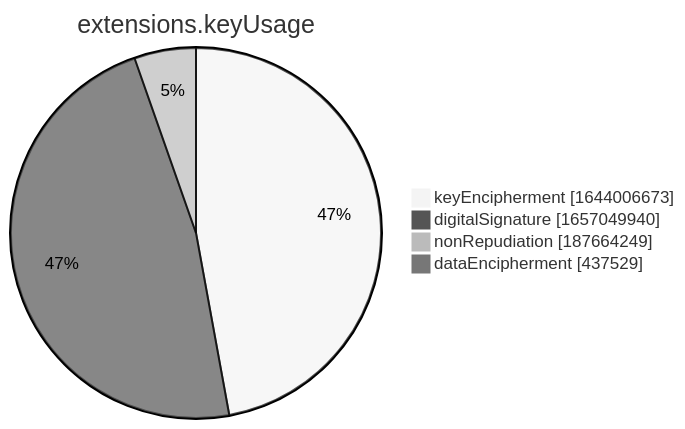
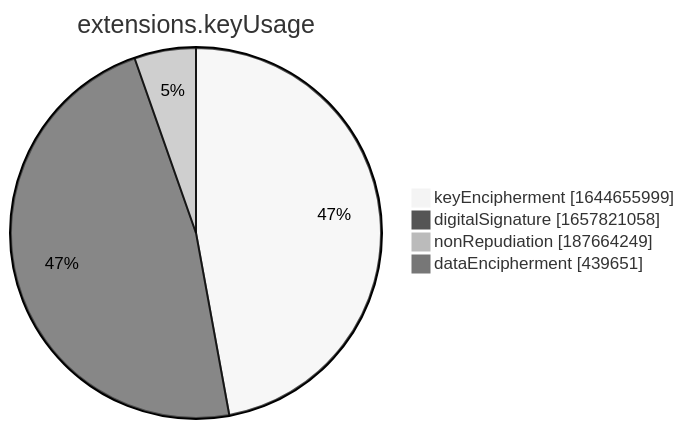
One commit to christiankrug/ctmonitor_visualization changed the seventh of 15 diagrams in xenon2022/README.md. Above: the diagram before and after it, drawn with Mermaid (neutral theme). The commit also changed other lines of this file, not shown here.

````diff
--- a/xenon2022/README.md
+++ b/xenon2022/README.md
@@ -2856,8 +2856,8 @@
 ```mermaid
 pie showData
 title extensions.keyUsage
-"keyEncipherment" :1644006673
-"digitalSignature" :1657049940
+"keyEncipherment" :1644655999
+"digitalSignature" :1657821058
 "nonRepudiation" :187664249
-"dataEncipherment" :437529
+"dataEncipherment" :439651
 ```
````
